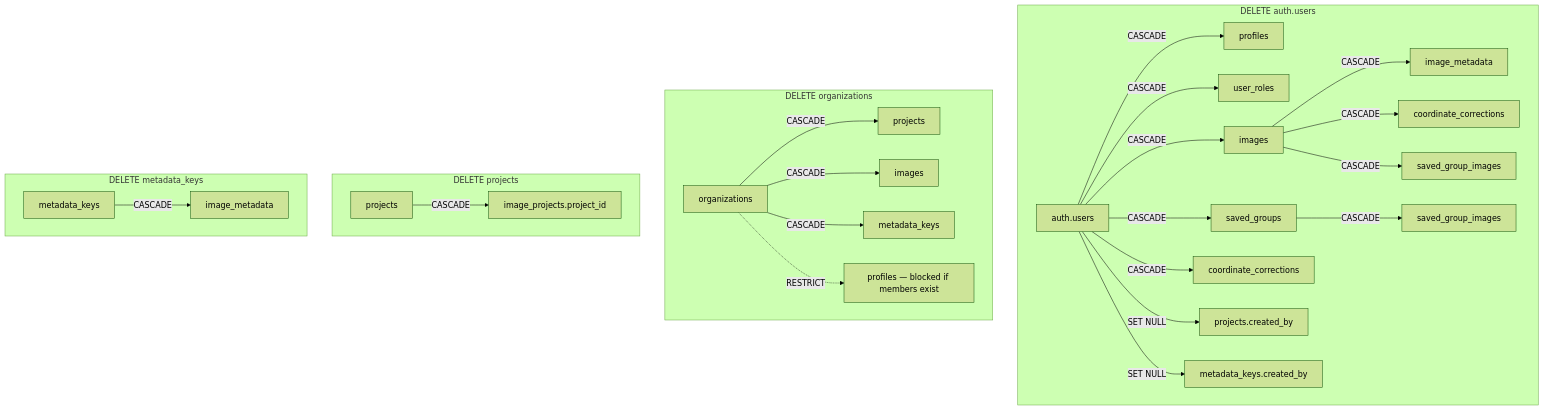
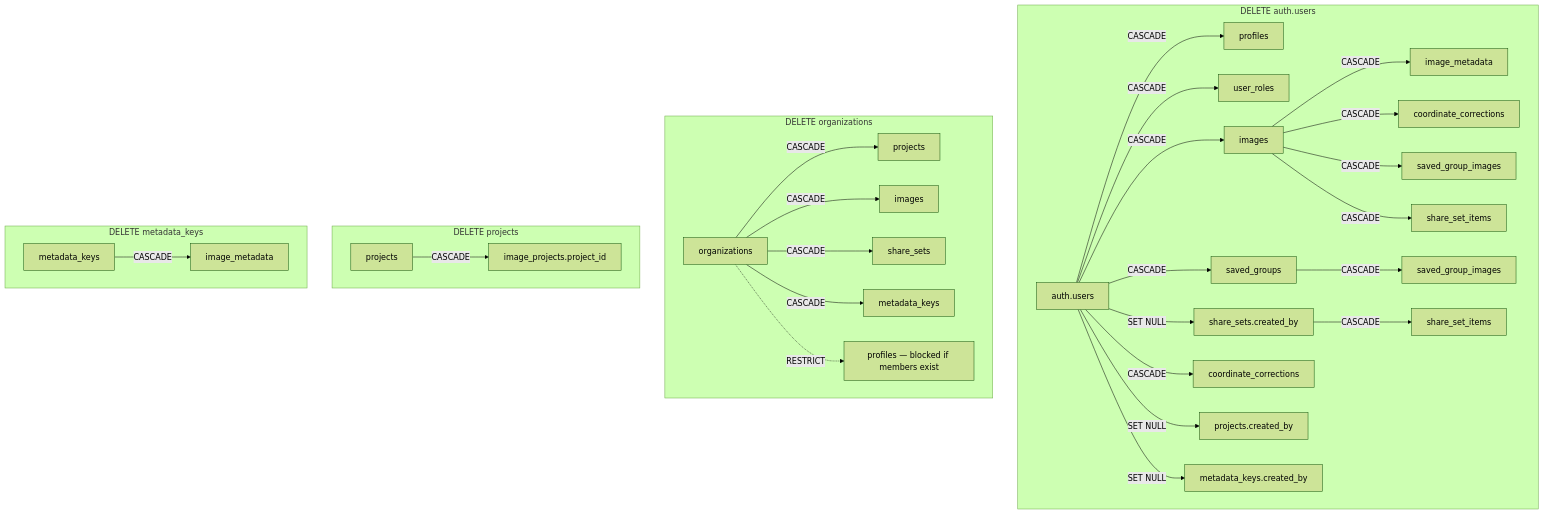
One commit to matkleve/feldpost changed the third of 3 diagrams in docs/database-schema.md. Above: the diagram before and after it, drawn with Mermaid (forest theme). The commit also changed other lines of this file and 43 other files, not shown here.

````diff
--- a/docs/database-schema.md
+++ b/docs/database-schema.md
@@ -516,31 +564,35 @@
 ```mermaid
 flowchart TD
     subgraph "DELETE auth.users"
         U[auth.users] -->|CASCADE| P[profiles]
         U -->|CASCADE| UR[user_roles]
         U -->|CASCADE| I[images]
         U -->|CASCADE| SG[saved_groups]
+        U -->|SET NULL| SS[share_sets.created_by]
         U -->|CASCADE| CC[coordinate_corrections]
         U -->|SET NULL| PR[projects.created_by]
         U -->|SET NULL| MK[metadata_keys.created_by]
         I -->|CASCADE| IM[image_metadata]
         I -->|CASCADE| CC2[coordinate_corrections]
         I -->|CASCADE| SGI[saved_group_images]
+        I -->|CASCADE| SSI[share_set_items]
         SG -->|CASCADE| SGI2[saved_group_images]
+        SS -->|CASCADE| SSI2[share_set_items]
     end
 
     subgraph "DELETE organizations"
         O[organizations] -->|CASCADE| PR2[projects]
         O -->|CASCADE| I2[images]
+        O -->|CASCADE| SS2[share_sets]
         O -->|CASCADE| MK2[metadata_keys]
         O -.->|RESTRICT| P2[profiles — blocked if members exist]
     end
 
     subgraph "DELETE projects"
         PRD[projects] -->|CASCADE| IP1[image_projects.project_id]
     end
 
     subgraph "DELETE metadata_keys"
         MKD[metadata_keys] -->|CASCADE| IM2[image_metadata]
     end
 ```
````
